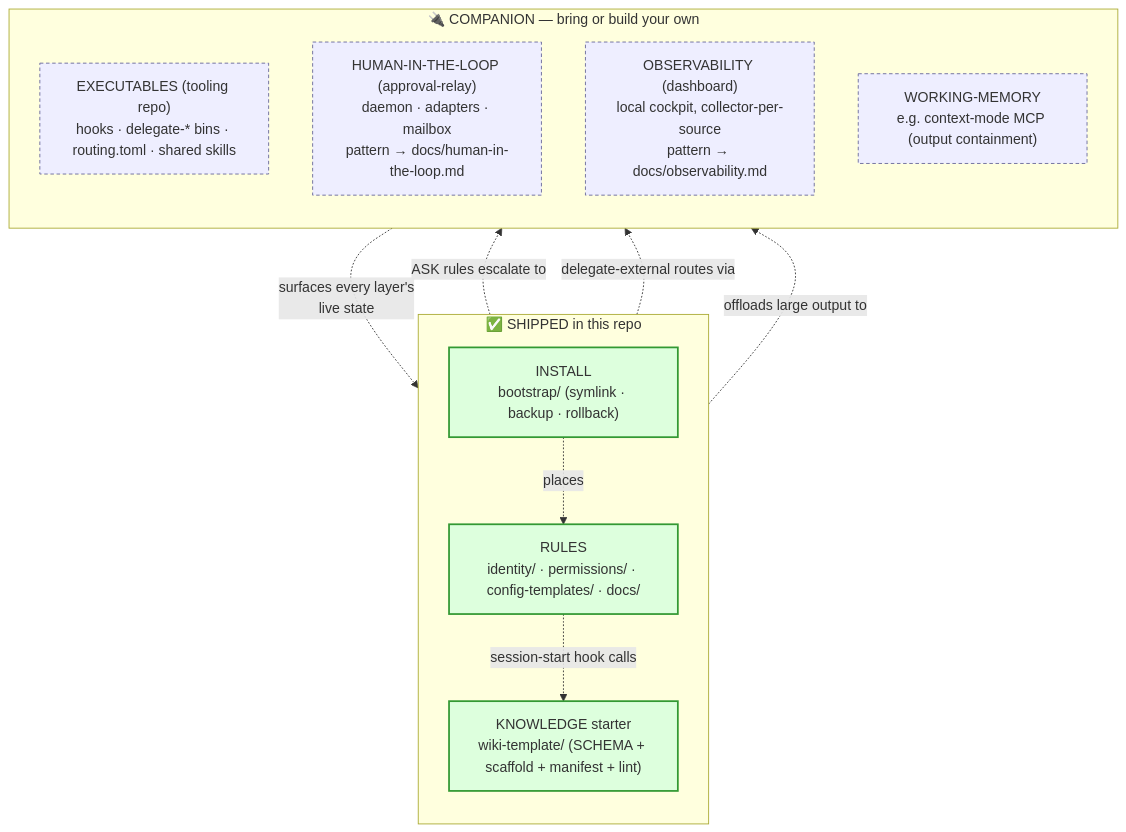
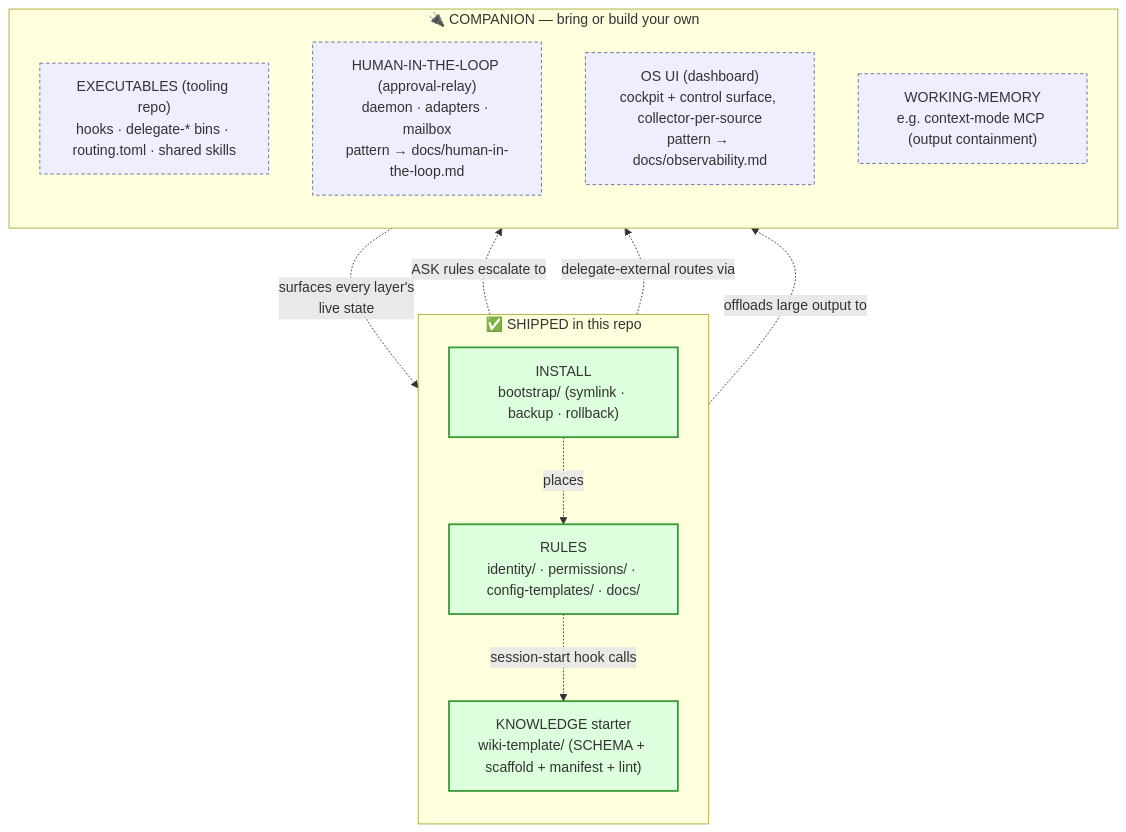
Before and after one commit to FRBio-maker/hive-mind-os: the first of 3 diagrams in docs/REPO-MAP.md, drawn with Mermaid. The commit also changed other lines of this file and 9 other files, not shown here.

````diff
--- a/docs/REPO-MAP.md
+++ b/docs/REPO-MAP.md
@@ -93,29 +93,29 @@
 ```mermaid
 flowchart TB
     subgraph SHIP["✅ SHIPPED in this repo"]
         direction TB
         R["RULES<br/>identity/ · permissions/ · config-templates/ · docs/"]
         K["KNOWLEDGE starter<br/>wiki-template/ (SCHEMA + scaffold + manifest + lint)"]
         I["INSTALL<br/>bootstrap/ (symlink · backup · rollback)"]
     end
 
     subgraph BYO["🔌 COMPANION — bring or build your own"]
         direction TB
         T["EXECUTABLES (tooling repo)<br/>hooks · delegate-* bins · routing.toml · shared skills"]
         H["HUMAN-IN-THE-LOOP (approval-relay)<br/>daemon · adapters · mailbox<br/>pattern → docs/human-in-the-loop.md"]
-        O["OBSERVABILITY (dashboard)<br/>local cockpit, collector-per-source<br/>pattern → docs/observability.md"]
+        O["OS UI (dashboard)<br/>cockpit + control surface, collector-per-source<br/>pattern → docs/observability.md"]
         C["WORKING-MEMORY<br/>e.g. context-mode MCP (output containment)"]
     end
 
     R -. "session-start hook calls" .-> K
     I -. "places" .-> R
     R -. "ASK rules escalate to" .-> H
     R -. "delegate-external routes via" .-> T
     O -. "surfaces every layer's<br/>live state" .-> R
     R -. "offloads large output to" .-> C
 
     classDef ship fill:#dfd,stroke:#393,stroke-width:2px
     classDef byo fill:#eef,stroke:#669,stroke-dasharray:4 3
     class R,K,I ship
     class T,H,O,C byo
 ```
````
